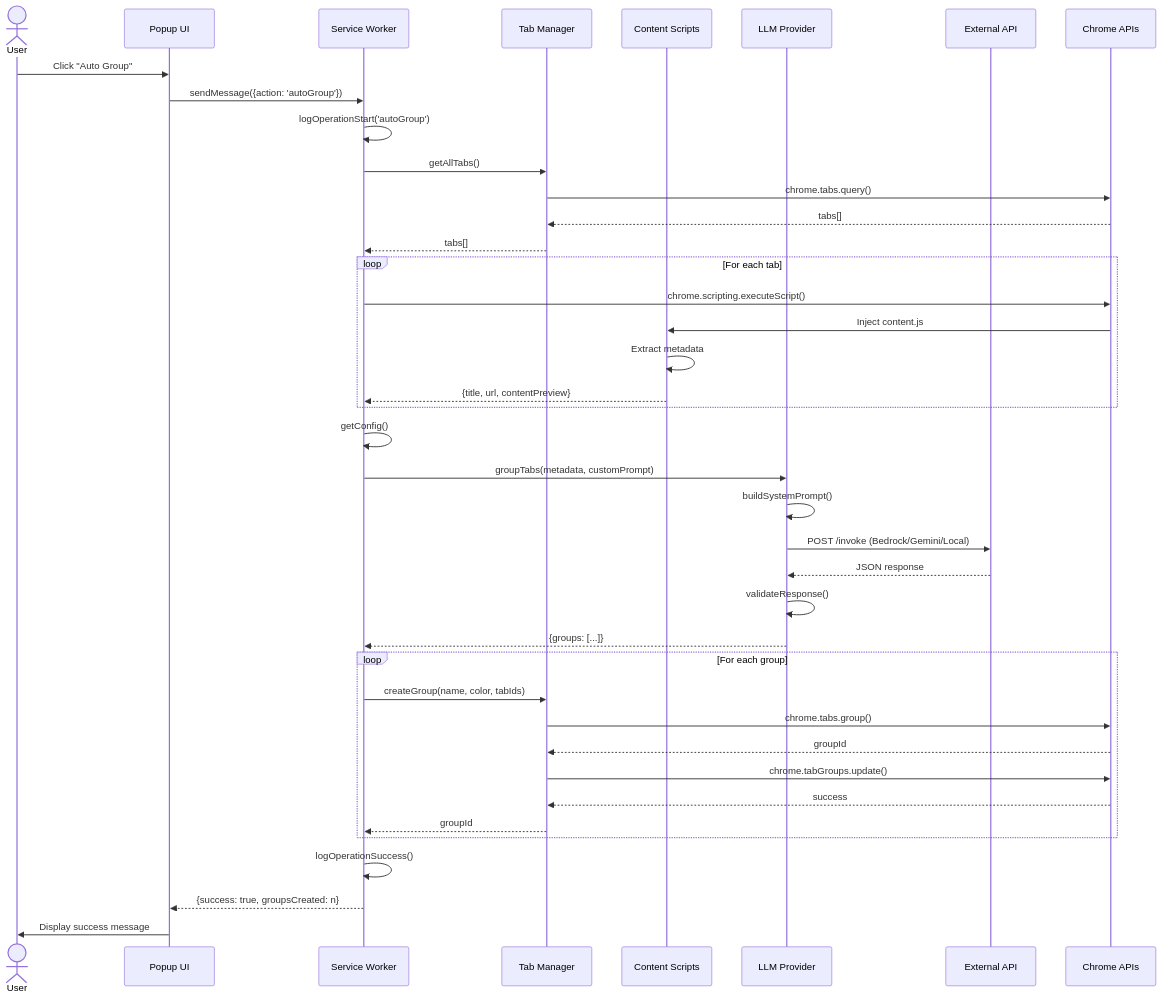
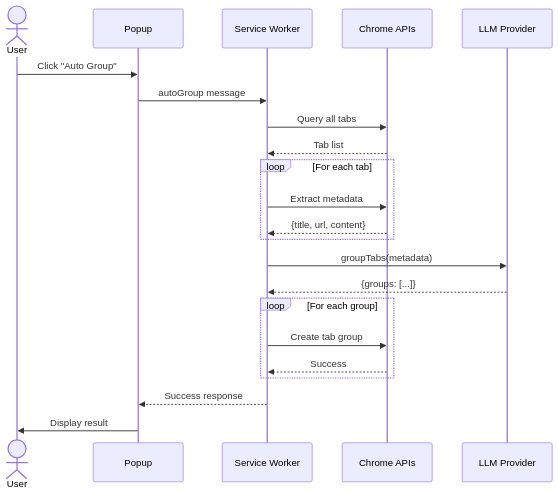
The first of 2 diagrams in ARCHITECTURE.md (srikanthjg/Clutterless), drawn with Mermaid before and after one commit. The commit also changed other lines of this file and 24 other files, not shown here.

````diff
--- a/ARCHITECTURE.md
+++ b/ARCHITECTURE.md
@@ -186,48 +69,29 @@
 ```mermaid
 sequenceDiagram
     actor User
-    participant Popup as Popup UI
-    participant SW as Service Worker
-    participant TM as Tab Manager
-    participant CS as Content Scripts
+    participant Popup
+    participant Worker as Service Worker
+    participant Chrome as Chrome APIs
     participant LLM as LLM Provider
-    participant API as External API
-    participant Chrome as Chrome APIs
 
     User->>Popup: Click "Auto Group"
-    Popup->>SW: sendMessage({action: 'autoGroup'})
-    
-    SW->>SW: logOperationStart('autoGroup')
-    SW->>TM: getAllTabs()
-    TM->>Chrome: chrome.tabs.query()
-    Chrome-->>TM: tabs[]
-    TM-->>SW: tabs[]
+    Popup->>Worker: autoGroup message
+    Worker->>Chrome: Query all tabs
+    Chrome-->>Worker: Tab list
     
     loop For each tab
-        SW->>Chrome: chrome.scripting.executeScript()
-        Chrome->>CS: Inject content.js
-        CS->>CS: Extract metadata
-        CS-->>SW: {title, url, contentPreview}
+        Worker->>Chrome: Extract metadata
+        Chrome-->>Worker: {title, url, content}
     end
     
-    SW->>SW: getConfig()
-    SW->>LLM: groupTabs(metadata, customPrompt)
-    LLM->>LLM: buildSystemPrompt()
-    LLM->>API: POST /invoke (Bedrock/Gemini/Local)
-    API-->>LLM: JSON response
-    LLM->>LLM: validateResponse()
-    LLM-->>SW: {groups: [...]}
+    Worker->>LLM: groupTabs(metadata)
+    LLM-->>Worker: {groups: [...]}
     
     loop For each group
-        SW->>TM: createGroup(name, color, tabIds)
-        TM->>Chrome: chrome.tabs.group()
-        Chrome-->>TM: groupId
-        TM->>Chrome: chrome.tabGroups.update()
-        Chrome-->>TM: success
-        TM-->>SW: groupId
+        Worker->>Chrome: Create tab group
+        Chrome-->>Worker: Success
     end
     
-    SW->>SW: logOperationSuccess()
-    SW-->>Popup: {success: true, groupsCreated: n}
-    Popup->>User: Display success message
+    Worker-->>Popup: Success response
+    Popup->>User: Display result
 ```
````
